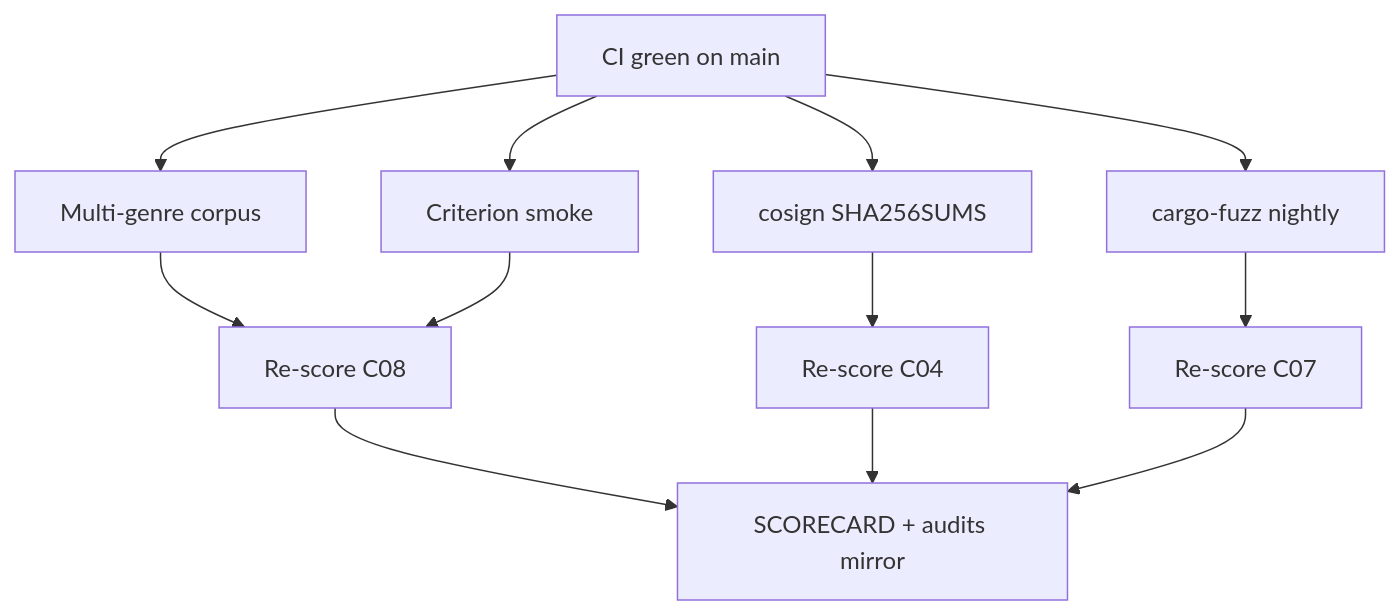
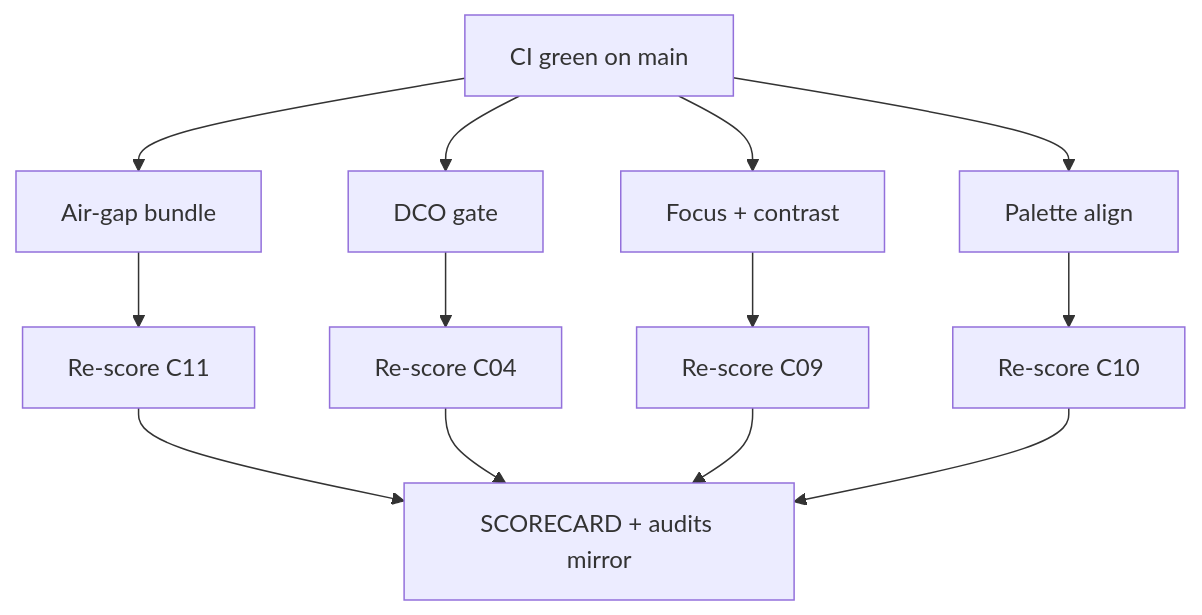
Before and after one commit to KooshaPari/Melosviz: the diagram in docs/WORK_DAG.md, drawn with Mermaid. The commit also changed other lines of this file and 31 other files, not shown here.

First line of the commit message:
feat: air-gap bundle, DCO, focus/contrast, palette align

````diff
--- a/docs/WORK_DAG.md
+++ b/docs/WORK_DAG.md
@@ -5,14 +5,15 @@
 ```mermaid
 flowchart TD
-  A[CI green on main] --> B[Multi-genre corpus]
-  A --> C[cosign SHA256SUMS]
-  A --> D[cargo-fuzz nightly]
-  A --> E[Criterion smoke]
-  B --> F[Re-score C08]
+  A[CI green on main] --> B[Air-gap bundle]
+  A --> C[DCO gate]
+  A --> D[Focus + contrast]
+  A --> E[Palette align]
+  B --> F[Re-score C11]
   C --> G[Re-score C04]
-  D --> H[Re-score C07]
-  E --> F
-  F --> I[SCORECARD + audits mirror]
-  G --> I
-  H --> I
+  D --> H[Re-score C09]
+  E --> I[Re-score C10]
+  F --> J[SCORECARD + audits mirror]
+  G --> J
+  H --> J
+  I --> J
 ```
````
